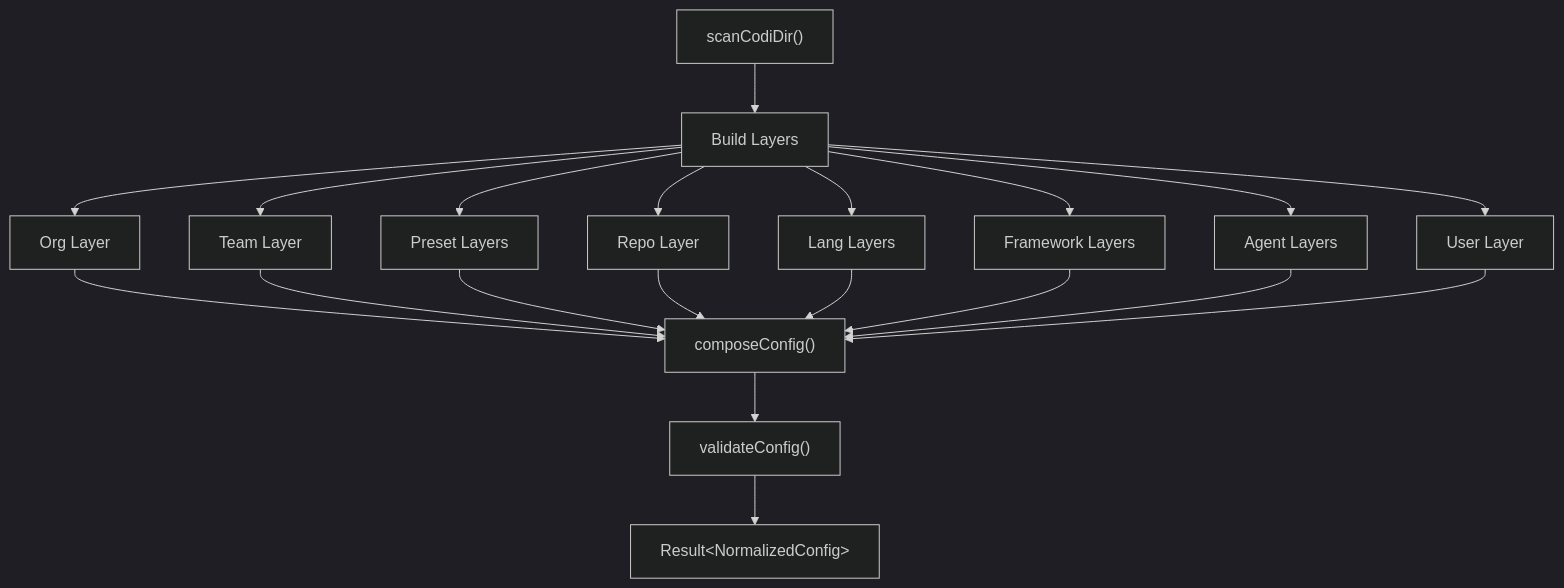
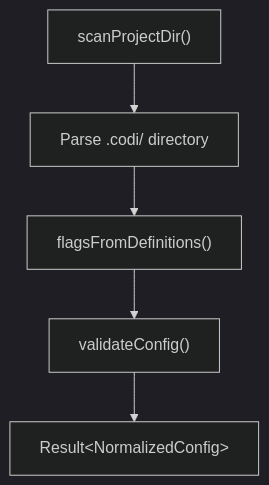
Before and after one commit to lehidalgo/codi: the second of 4 diagrams in docs/architecture.md, drawn with Mermaid (dark theme). The commit also changed other lines of this file and 182 other files, not shown here.

First line of the commit message:
refactor: preset architecture audit and cleanup

````diff
--- a/docs/architecture.md
+++ b/docs/architecture.md
@@ -40,22 +35,7 @@
 ```mermaid
 flowchart TD
-    A["scanCodiDir()"] --> B["Build Layers"]
-    B --> C1["Org Layer"]
-    B --> C2["Team Layer"]
-    B --> C3["Preset Layers"]
-    B --> C4["Repo Layer"]
-    B --> C5["Lang Layers"]
-    B --> C6["Framework Layers"]
-    B --> C7["Agent Layers"]
-    B --> C8["User Layer"]
-    C1 --> D["composeConfig()"]
-    C2 --> D
-    C3 --> D
-    C4 --> D
-    C5 --> D
-    C6 --> D
-    C7 --> D
-    C8 --> D
-    D --> E["validateConfig()"]
-    E --> F["Result&lt;NormalizedConfig&gt;"]
+    A["scanProjectDir()"] --> B["Parse .codi/ directory"]
+    B --> C["flagsFromDefinitions()"]
+    C --> D["validateConfig()"]
+    D --> E["Result&lt;NormalizedConfig&gt;"]
 ```
````
